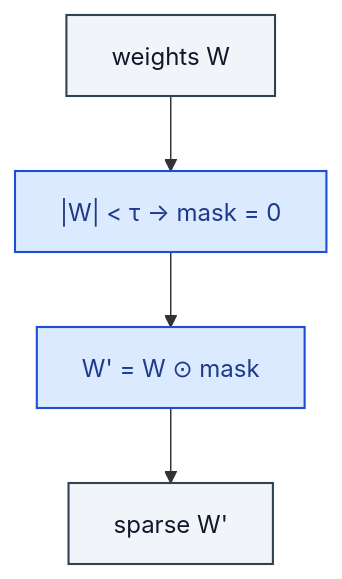
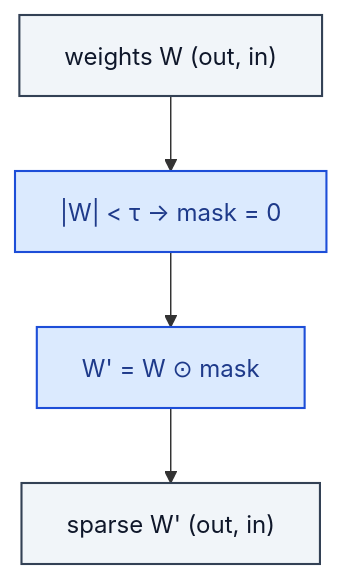
The diagram in efficient/MagnitudePruner.md (RealityShifts/Srivastava-book-of-Blocks-diagrams), drawn with Mermaid before and after one commit. The commit also changed 123 other files, not shown here.

````diff
--- a/efficient/MagnitudePruner.md
+++ b/efficient/MagnitudePruner.md
@@ -7,19 +7,20 @@
 ```mermaid
 flowchart TD
-    n0_0["weights W"]:::io
+    n0_0["weights W  (out, in)"]:::io
     n1_0["|W| < τ → mask = 0"]:::op
     n2_0["W' = W ⊙ mask"]:::op
-    n3_0["sparse W'"]:::io
+    n3_0["sparse W'  (out, in)"]:::io
     n0_0 --> n1_0
     n1_0 --> n2_0
     n2_0 --> n3_0
     classDef io fill:#f1f5f9,stroke:#334155,stroke-width:1.4px,color:#0f172a
     classDef op fill:#dbeafe,stroke:#1d4ed8,stroke-width:1.4px,color:#1e3a8a
     classDef norm fill:#dcfce7,stroke:#15803d,stroke-width:1.4px,color:#14532d
     classDef act fill:#ffedd5,stroke:#c2410c,stroke-width:1.4px,color:#7c2d12
     classDef attn fill:#ede9fe,stroke:#6d28d9,stroke-width:1.4px,color:#4c1d95
     classDef merge fill:#fef3c7,stroke:#b45309,stroke-width:1.4px,color:#78350f
     classDef emb fill:#fef9c3,stroke:#a16207,stroke-width:1.4px,color:#713f12
     classDef loss fill:#fee2e2,stroke:#b91c1c,stroke-width:1.4px,color:#7f1d1d
     classDef ctrl fill:#f5f5f4,stroke:#52525b,stroke-width:1.4px,color:#27272a
+    classDef ref fill:#e0f2fe,stroke:#0369a1,stroke-width:2px,color:#0c4a6e,stroke-dasharray: 4 2
 ```
````
